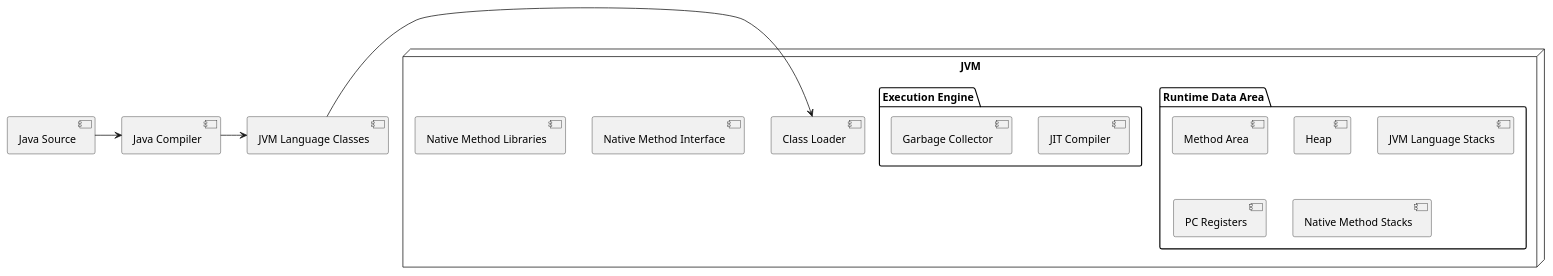
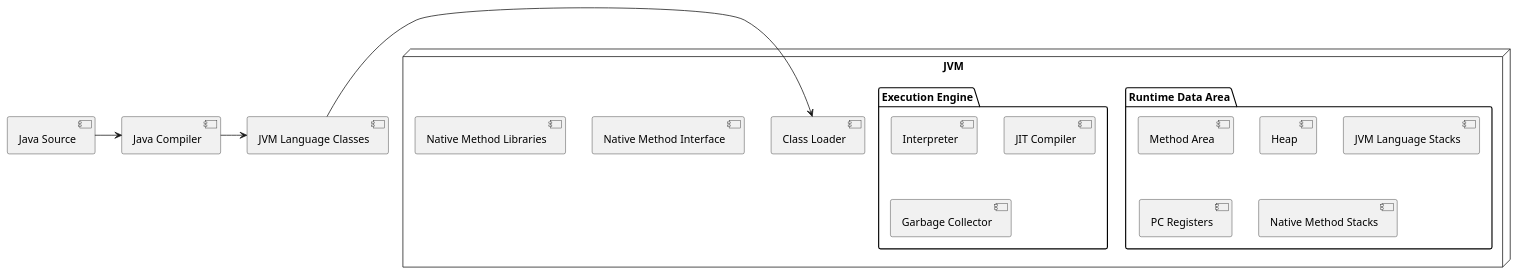
One commit to windowforsun/blog changed the diagram in plantuml/java/concept-jvm-1.plantuml. Above: the diagram before and after it, drawn with PlantUML. The commit also changed 1 other file, not shown here.

```diff
--- a/plantuml/java/concept-jvm-1.plantuml
+++ b/plantuml/java/concept-jvm-1.plantuml
@@ -1,30 +1,31 @@
 @startuml
 
 
 node "JVM" {
 	[Class Loader]
 
 		package "Runtime Data Area" {
 			[Method Area]
 			[Heap]
 			[JVM Language Stacks]
 			[PC Registers]
 			[Native Method Stacks]
 		}
 
 
 	package "Execution Engine" {
+		[Interpreter]
 		[JIT Compiler]
 		[Garbage Collector]
 	}
 
 	[Native Method Interface]
 
 	[Native Method Libraries]
 }
 
 [Java Source] -> [Java Compiler]
 [Java Compiler] -> [JVM Language Classes]
 [JVM Language Classes] -> [Class Loader]
 
 @enduml
```
